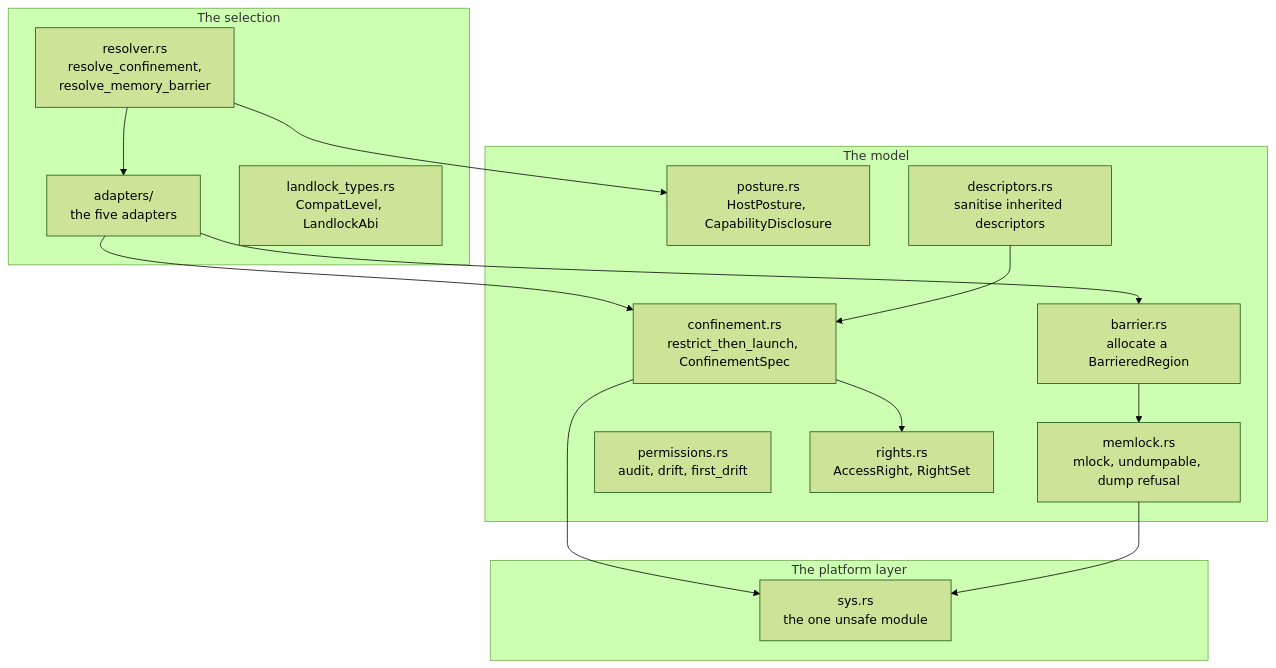
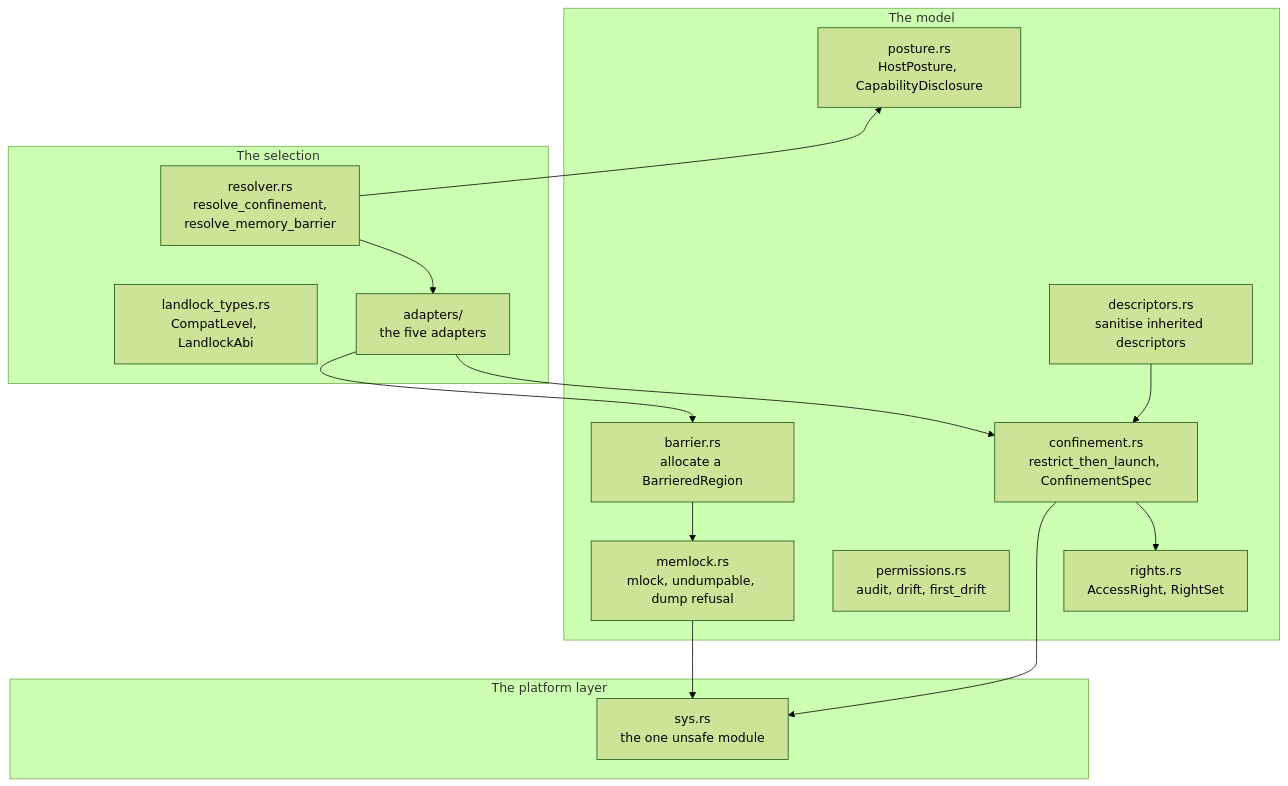
The first of 5 diagrams in site/docs/components/ksp-posture.md (bruj0/keyspout), drawn with Mermaid (forest theme) before and after one commit. The commit also changed other lines of this file and 22 other files, not shown here.

First line of the commit message:
feat(site): zoom every diagram, and make the wide ones vertical (#21)

````diff
--- a/site/docs/components/ksp-posture.md
+++ b/site/docs/components/ksp-posture.md
@@ -32,32 +32,34 @@
 ```mermaid
 graph TB
   subgraph Model["The model"]
     POSTURE["posture.rs<br/>HostPosture, CapabilityDisclosure"]
     CONF["confinement.rs<br/>restrict_then_launch, ConfinementSpec"]
     BARRIER["barrier.rs<br/>allocate a BarrieredRegion"]
     MEMLOCK["memlock.rs<br/>mlock, undumpable, dump refusal"]
     DESC["descriptors.rs<br/>sanitise inherited descriptors"]
     PERMS["permissions.rs<br/>audit, drift, first_drift"]
     RIGHTS["rights.rs<br/>AccessRight, RightSet"]
   end
 
   subgraph Resolve["The selection"]
     RESOLVER["resolver.rs<br/>resolve_confinement,<br/>resolve_memory_barrier"]
     ADAPT["adapters/<br/>the five adapters"]
     LANDLOCKT["landlock_types.rs<br/>CompatLevel, LandlockAbi"]
   end
 
   subgraph Platform["The platform layer"]
     SYS["sys.rs<br/>the one unsafe module"]
   end
 
   ADAPT --> CONF
   ADAPT --> BARRIER
   BARRIER --> MEMLOCK
   CONF --> RIGHTS
   DESC --> CONF
   RESOLVER --> ADAPT
   RESOLVER --> POSTURE
   CONF --> SYS
   MEMLOCK --> SYS
+  Model ~~~ Resolve
+  Resolve ~~~ Platform
 ```
````
